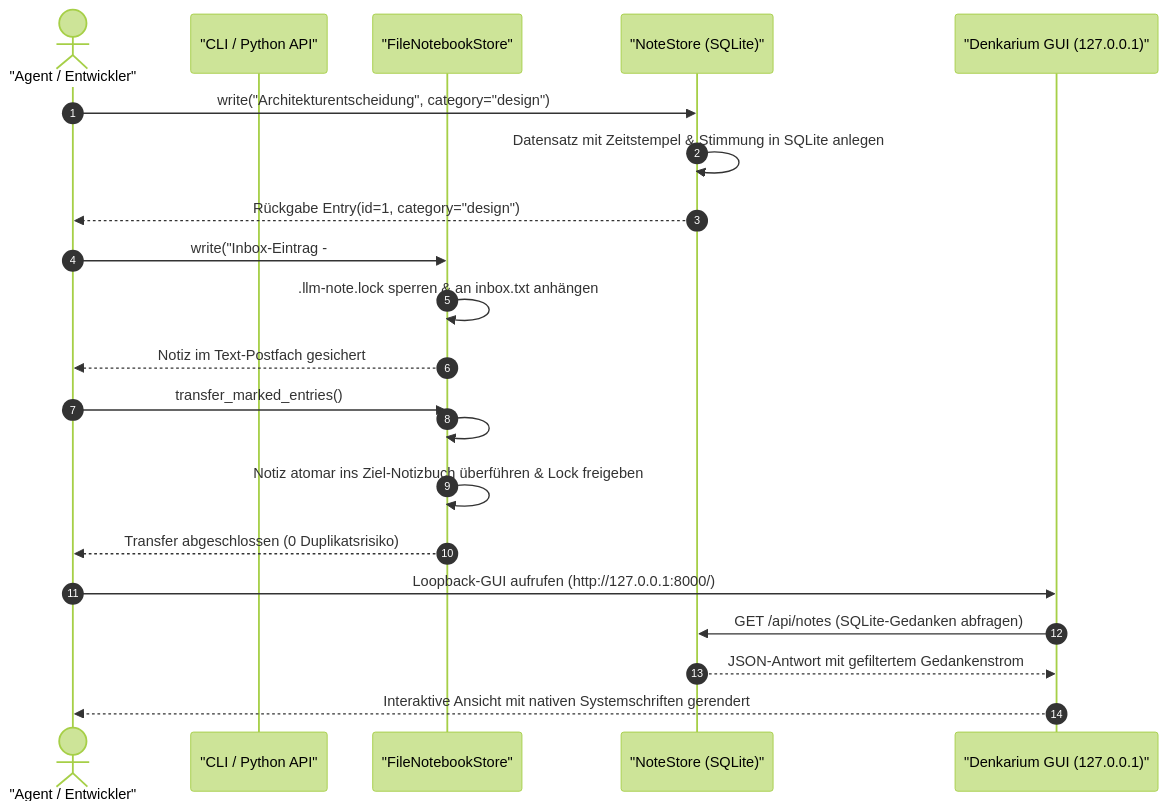
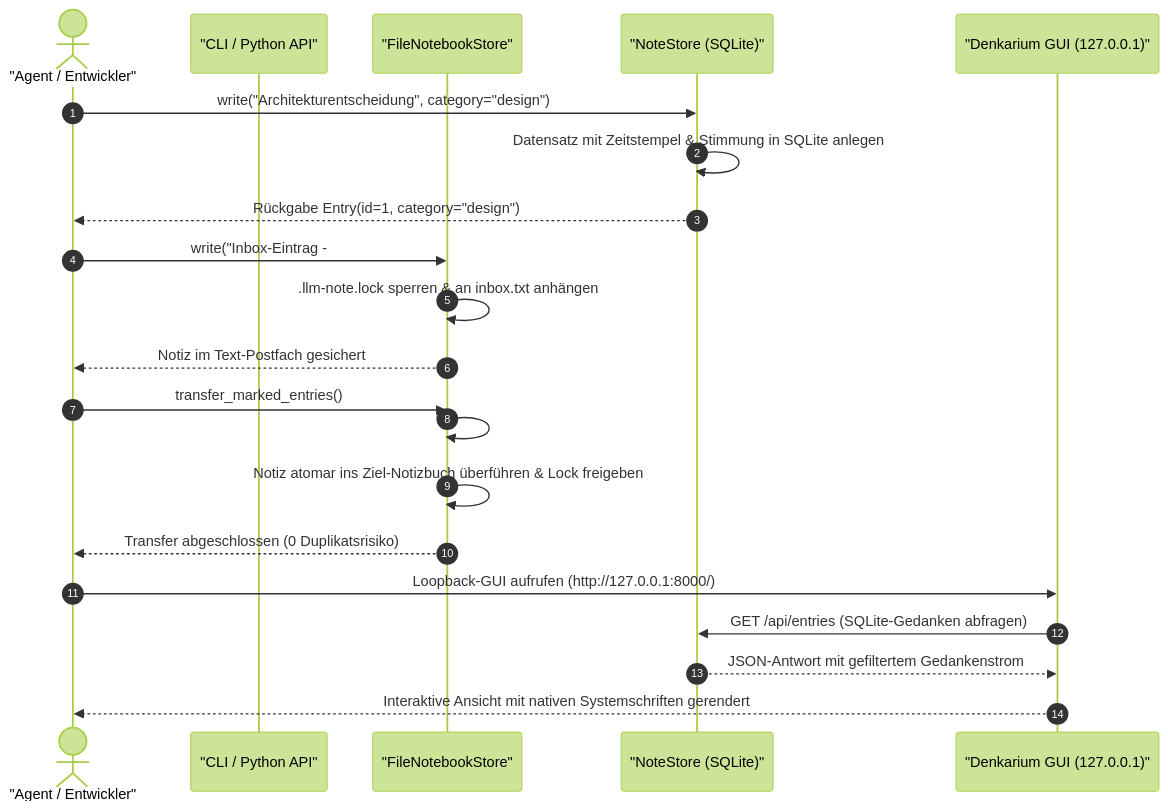
One commit to doc-bricks/llm-note changed the second of 2 diagrams in README_de.md. Above: the diagram before and after it, drawn with Mermaid (forest theme). The commit also changed other lines of this file and 9 other files, not shown here.

````diff
--- a/README_de.md
+++ b/README_de.md
@@ -189,27 +189,27 @@
 ```mermaid
 sequenceDiagram
     autonumber
     actor UserOrAgent as "Agent / Entwickler"
     participant CLI as "CLI / Python API"
     participant FileStore as "FileNotebookStore"
     participant NoteStore as "NoteStore (SQLite)"
     participant Denkarium as "Denkarium GUI (127.0.0.1)"
 
     UserOrAgent ->> NoteStore: write("Architekturentscheidung", category="design")
     NoteStore ->> NoteStore: Datensatz mit Zeitstempel & Stimmung in SQLite anlegen
     NoteStore -->> UserOrAgent: Rückgabe Entry(id=1, category="design")
 
     UserOrAgent ->> FileStore: write("Inbox-Eintrag - #NB: Projekt-Ideen")
     FileStore ->> FileStore: .llm-note.lock sperren & an inbox.txt anhängen
     FileStore -->> UserOrAgent: Notiz im Text-Postfach gesichert
 
     UserOrAgent ->> FileStore: transfer_marked_entries()
     FileStore ->> FileStore: #NB: Ziel extrahieren & stabile #LLM-NOTE-ID vergeben
     FileStore ->> FileStore: Notiz atomar ins Ziel-Notizbuch überführen & Lock freigeben
     FileStore -->> UserOrAgent: Transfer abgeschlossen (0 Duplikatsrisiko)
 
     UserOrAgent ->> Denkarium: Loopback-GUI aufrufen (http://127.0.0.1:8000/)
-    Denkarium ->> NoteStore: GET /api/notes (SQLite-Gedanken abfragen)
+    Denkarium ->> NoteStore: GET /api/entries (SQLite-Gedanken abfragen)
     NoteStore -->> Denkarium: JSON-Antwort mit gefiltertem Gedankenstrom
     Denkarium -->> UserOrAgent: Interaktive Ansicht mit nativen Systemschriften gerendert
 ```
````
